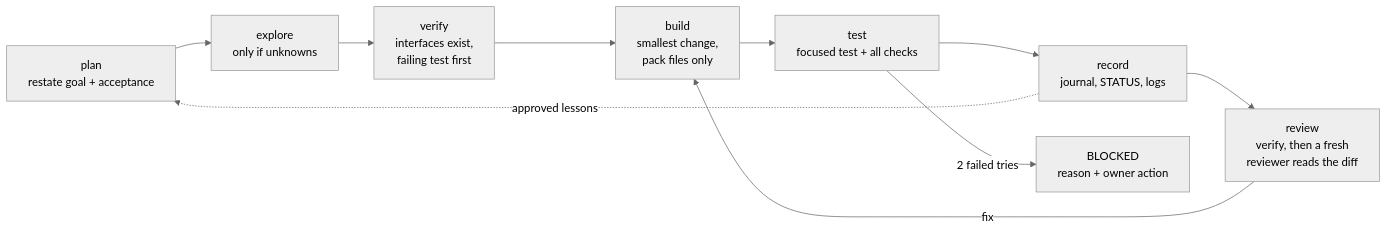
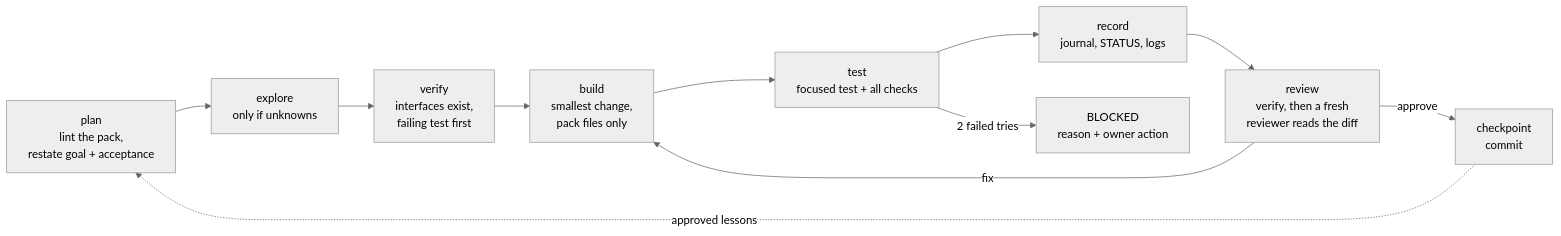
Before and after one commit to edwinidrus/dragonhoard: the first of 3 diagrams in README.md, drawn with Mermaid (neutral theme). The commit also changed other lines of this file, not shown here.

````diff
--- a/README.md
+++ b/README.md
@@ -57,12 +77,13 @@
 ```mermaid
 flowchart LR
-  P["plan<br/>restate goal + acceptance"] --> E["explore<br/>only if unknowns"]
+  P["plan<br/>lint the pack,<br/>restate goal + acceptance"] --> E["explore<br/>only if unknowns"]
   E --> V["verify<br/>interfaces exist,<br/>failing test first"]
   V --> B["build<br/>smallest change,<br/>pack files only"]
   B --> T["test<br/>focused test + all checks"]
   T --> R["record<br/>journal, STATUS, logs"]
   R --> W["review<br/>verify, then a fresh<br/>reviewer reads the diff"]
   W -- "fix" --> B
+  W -- "approve" --> C["checkpoint<br/>commit"]
   T -- "2 failed tries" --> X["BLOCKED<br/>reason + owner action"]
-  R -. "approved lessons" .-> P
+  C -. "approved lessons" .-> P
 ```
````
